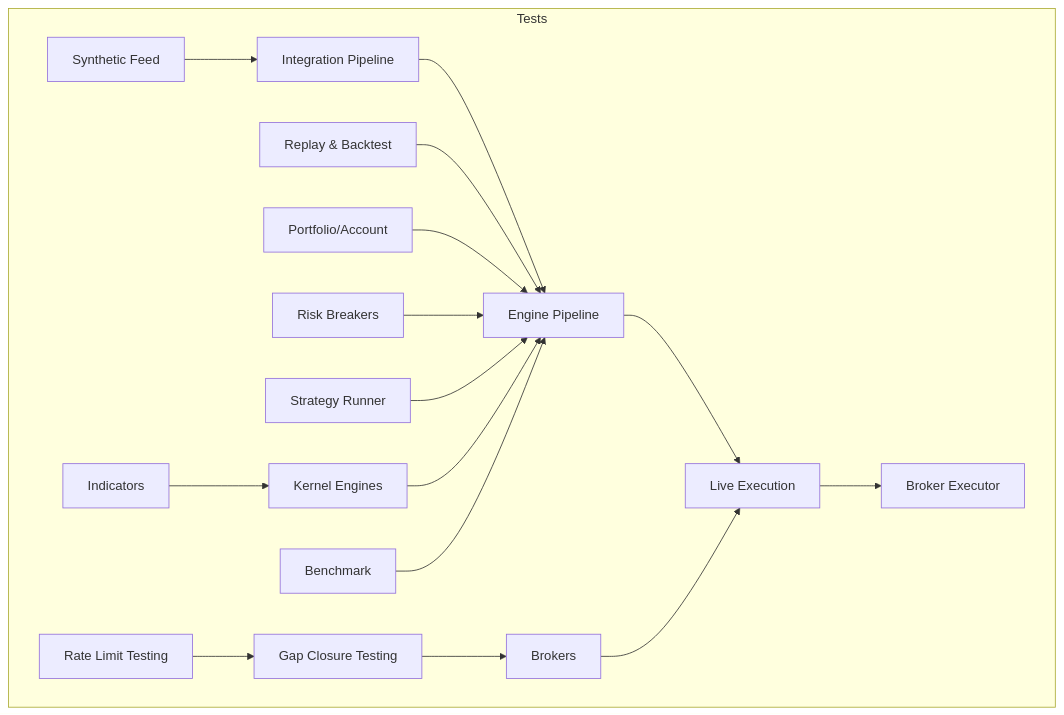
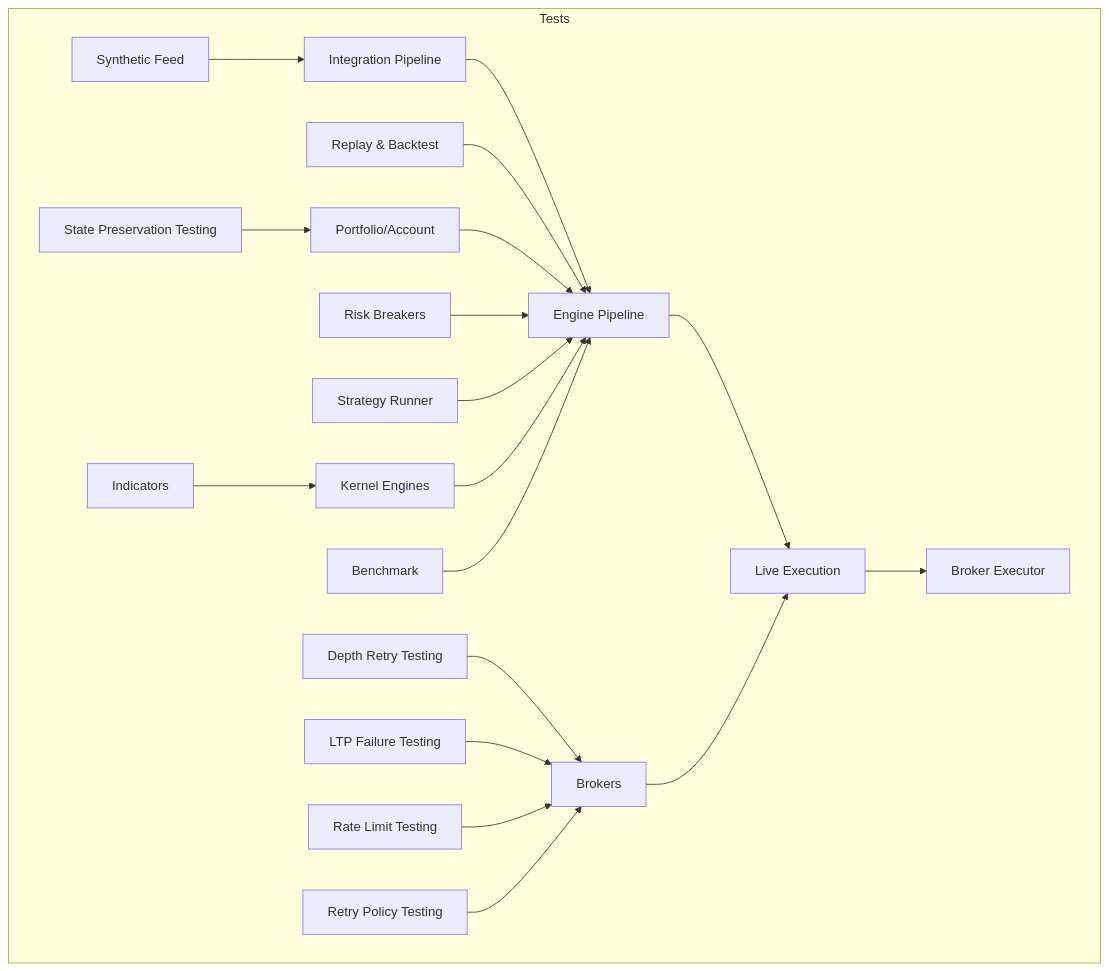
The first of 18 diagrams in .qoder/repowiki/en/content/Examples & Tutorials/Testing & Integration Examples/Testing & Integration Examples.md (Ganesh-Kusundal/nTrade), drawn with Mermaid before and after one commit. The commit also changed other lines of this file and 2201 other files, not shown here.

Commit message:
Integrate completeness: live runner hardening, broker adapter layers, rate-limiting infrastructure, data pipeline (parquet OHLCV + ingestion scripts), contract testing framework, options analytics, and updated architecture/knowledge docs

````diff
--- a/.qoder/repowiki/en/content/Examples & Tutorials/Testing & Integration Examples/Testing & Integration Examples.md
+++ b/.qoder/repowiki/en/content/Examples & Tutorials/Testing & Integration Examples/Testing & Integration Examples.md
@@ -58,34 +70,40 @@
 ```mermaid
 graph TB
 subgraph "Tests"
 A["Integration Pipeline"]
 B["Replay & Backtest"]
 C["Engine Pipeline"]
 D["Live Execution"]
 E["Broker Executor"]
 F["Brokers"]
 G["Synthetic Feed"]
 H["Indicators"]
 I["Portfolio/Account"]
 J["Risk Breakers"]
 K["Strategy Runner"]
 L["Kernel Engines"]
 M["Benchmark"]
-N["Gap Closure Testing"]
-O["Rate Limit Testing"]
+N["Depth Retry Testing"]
+O["LTP Failure Testing"]
+P["Rate Limit Testing"]
+Q["State Preservation Testing"]
+R["Retry Policy Testing"]
 end
 A --> C
 B --> C
 C --> D
 D --> E
 F --> D
 G --> A
 H --> L
 I --> C
 J --> C
 K --> C
 L --> C
 M --> C
 N --> F
-O --> N
+O --> F
+P --> F
+Q --> I
+R --> F
 ```
````
